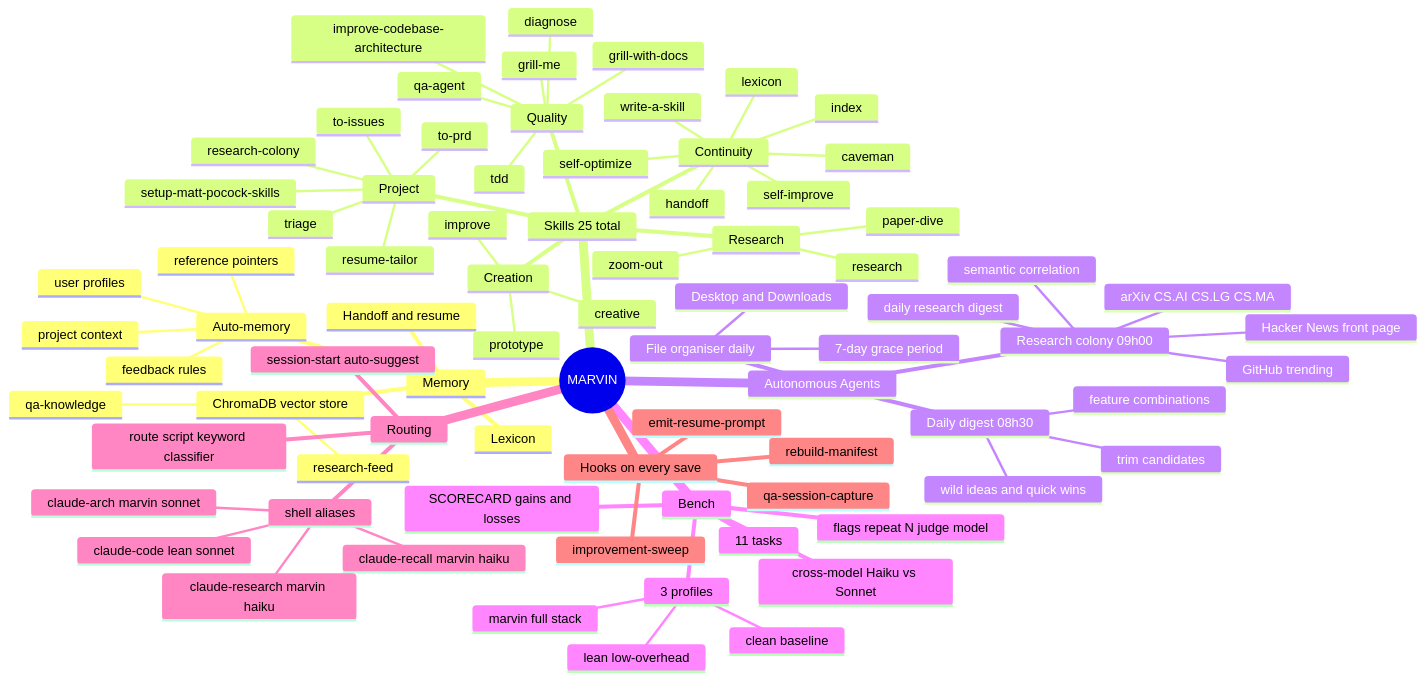
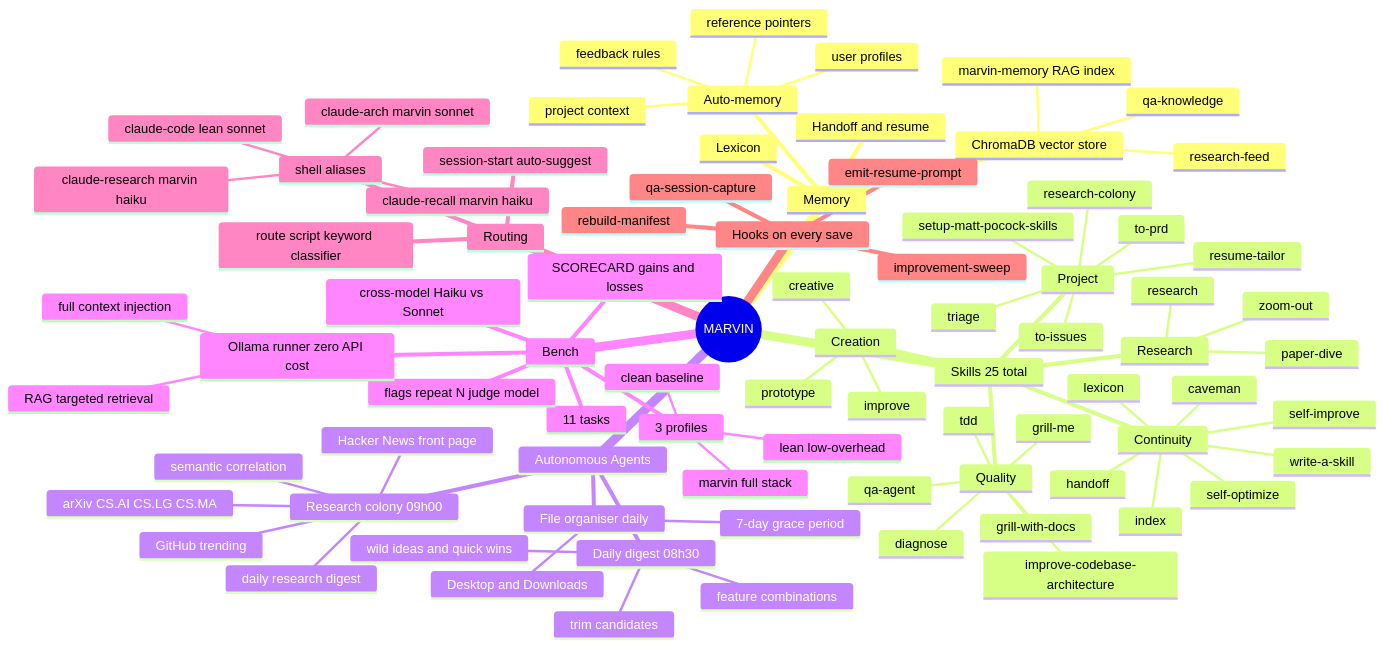
The diagram in README.md (G-Eskayo/marvin), drawn with Mermaid before and after one commit. The commit also changed other lines of this file, not shown here.

First line of the commit message:
readme: full update for routing, Ollama runner, 12 bench runs

```diff
--- a/README.md
+++ b/README.md
@@ -20,6 +20,7 @@
       ChromaDB vector store
         qa-knowledge
         research-feed
+        marvin-memory RAG index
       Auto-memory
         user profiles
         feedback rules
@@ -80,6 +81,9 @@
         marvin full stack
       flags repeat N judge model
       cross-model Haiku vs Sonnet
+      Ollama runner zero API cost
+        full context injection
+        RAG targeted retrieval
       SCORECARD gains and losses
     Routing
       route script keyword classifier
```
